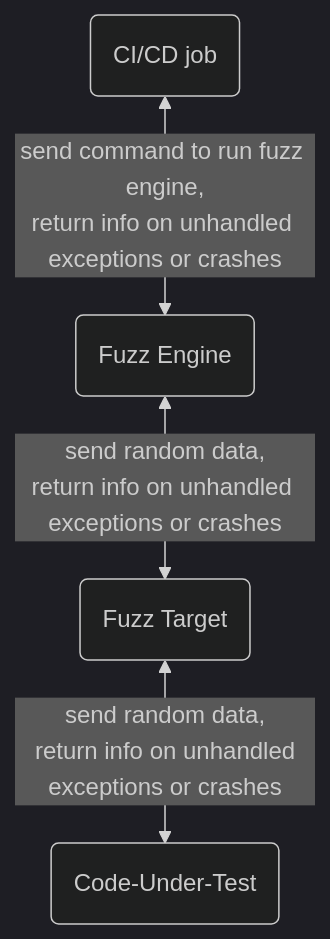
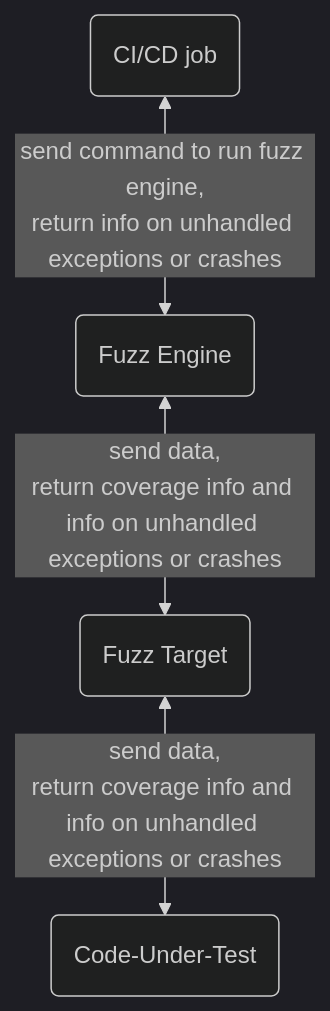
The diagram in customer-success/professional-services-engineering/education-services/secessentialshandson5.html.md (secretstartups/handbook), drawn with Mermaid (dark theme) before and after one commit. The commit also changed other lines of this file and 4 other files, not shown here.

````diff
--- a/customer-success/professional-services-engineering/education-services/secessentialshandson5.html.md
+++ b/customer-success/professional-services-engineering/education-services/secessentialshandson5.html.md
@@ -27,6 +30,6 @@
 ```mermaid
 flowchart TD
     A(CI/CD job) <-- send command to run fuzz engine,<br/>return info on unhandled exceptions or crashes --> B(Fuzz Engine) 
-    B <-- send random data,<br/>return info on unhandled exceptions or crashes --> C(Fuzz Target) 
-    C <-- send random data,<br/> return info on unhandled exceptions or crashes --> D(Code-Under-Test)
+    B <-- send data,<br/>return coverage info and info on unhandled exceptions or crashes --> C(Fuzz Target) 
+    C <-- send data,<br/>return coverage info and info on unhandled exceptions or crashes --> D(Code-Under-Test)
 ```
````
